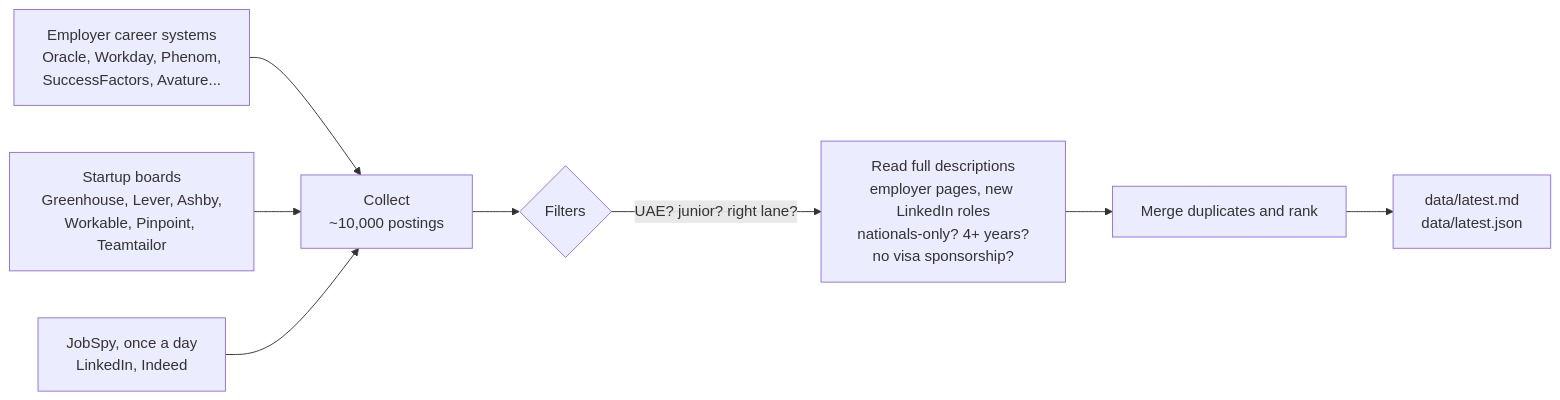
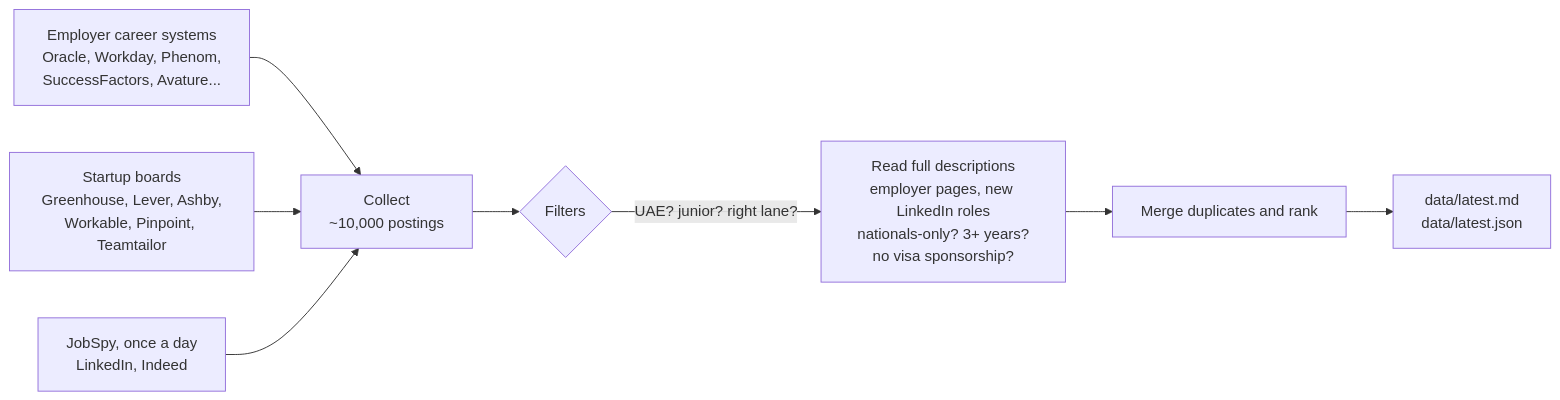
One commit to Skapos-crypto/uae-job-engine changed the diagram in README.md. Above: the diagram before and after it, drawn with Mermaid. The commit also changed other lines of this file and 5 other files, not shown here.

First line of the commit message:
Drop internships, second-level titles and roles asking for 3+ years

````diff
--- a/README.md
+++ b/README.md
@@ -50,10 +50,10 @@
 ```mermaid
 flowchart LR
     A[Employer career systems<br/>Oracle, Workday, Phenom,<br/>SuccessFactors, Avature...] --> C
     B[Startup boards<br/>Greenhouse, Lever, Ashby,<br/>Workable, Pinpoint, Teamtailor] --> C
     J[JobSpy, once a day<br/>LinkedIn, Indeed] --> C
     C[Collect<br/>~10,000 postings] --> F{Filters}
-    F -->|UAE? junior? right lane?| D[Read full descriptions<br/>employer pages, new LinkedIn roles<br/>nationals-only? 4+ years?<br/>no visa sponsorship?]
+    F -->|UAE? junior? right lane?| D[Read full descriptions<br/>employer pages, new LinkedIn roles<br/>nationals-only? 3+ years?<br/>no visa sponsorship?]
     D --> R[Merge duplicates and rank]
     R --> O[data/latest.md<br/>data/latest.json]
 ```
````
